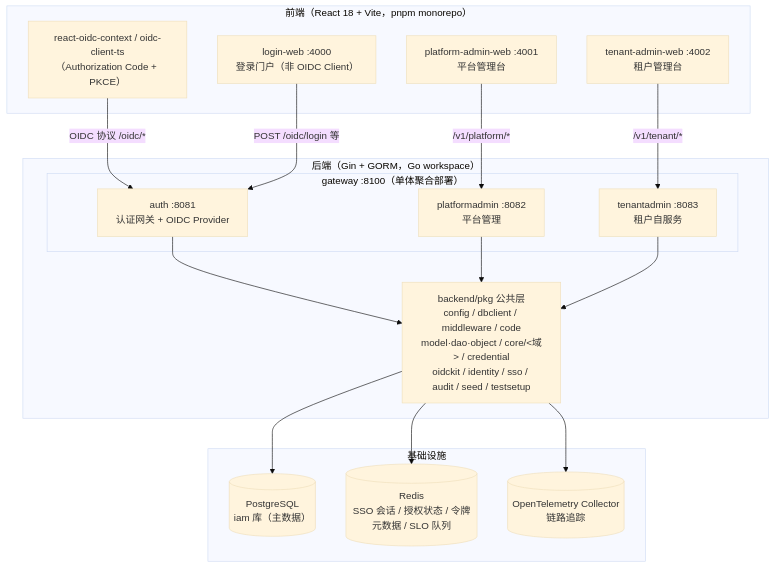
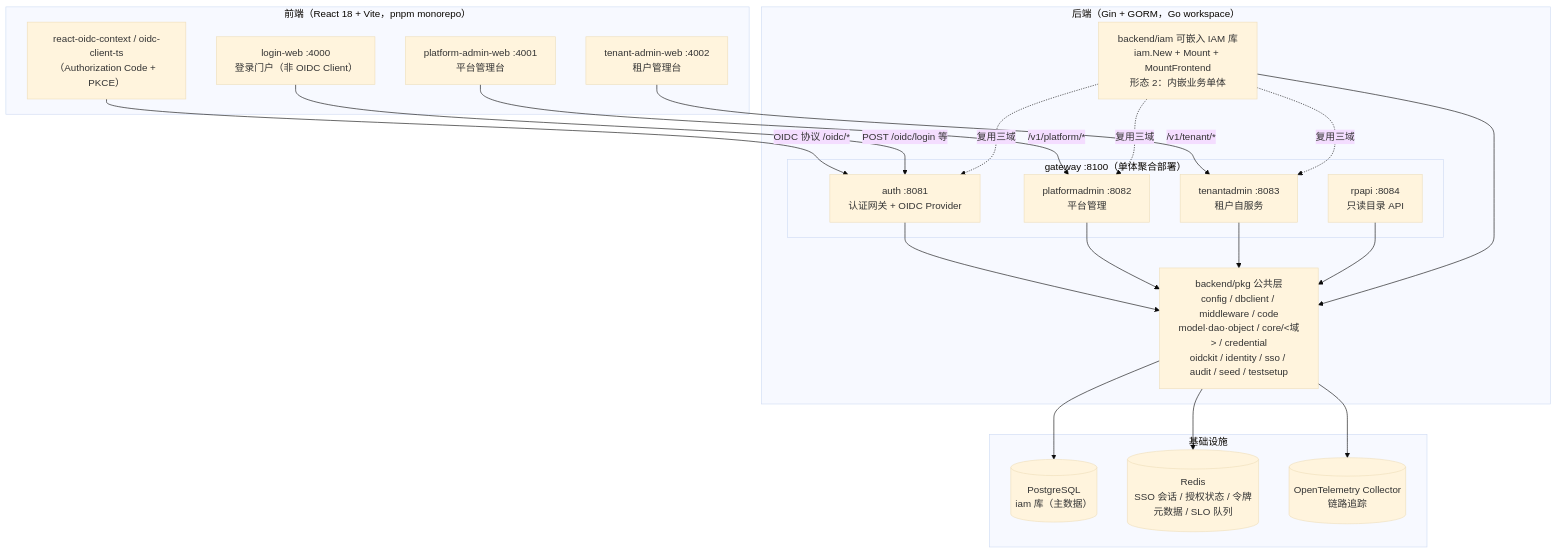
One commit to morehao/ark-iam changed the first of 15 diagrams in docs/design/system-design.md. Above: the diagram before and after it, drawn with Mermaid (base theme). The commit also changed other lines of this file and 375 other files, not shown here.

First line of the commit message:
feat(iam): 可嵌入 IAM 库 + 前端单门面包 @morehao/ark-iam-react 与 CI 发布链路 (#77)

````diff
--- a/docs/design/system-design.md
+++ b/docs/design/system-design.md
@@ -61,35 +61,42 @@
 ```mermaid
 flowchart TB
     subgraph FE["前端（React 18 + Vite，pnpm monorepo）"]
         LW["login-web :4000<br/>登录门户（非 OIDC Client）"]
         PW["platform-admin-web :4001<br/>平台管理台"]
         TW["tenant-admin-web :4002<br/>租户管理台"]
         OIDCSDK["react-oidc-context / oidc-client-ts<br/>（Authorization Code + PKCE）"]
     end
 
     subgraph BE["后端（Gin + GORM，Go workspace）"]
         subgraph GATEWAY["gateway :8100（单体聚合部署）"]
             AUTH["auth :8081<br/>认证网关 + OIDC Provider"]
             PLAT["platformadmin :8082<br/>平台管理"]
             TENANT["tenantadmin :8083<br/>租户自服务"]
+            RPAPI["rpapi :8084<br/>只读目录 API"]
         end
+        IAMLIB["backend/iam 可嵌入 IAM 库<br/>iam.New + Mount + MountFrontend<br/>形态 2：内嵌业务单体"]
         PKG["backend/pkg 公共层<br/>config / dbclient / middleware / code<br/>model·dao·object / core/&lt;域&gt; / credential<br/>oidckit / identity / sso / audit / seed / testsetup"]
     end
 
     subgraph INFRA["基础设施"]
         PG[("PostgreSQL<br/>iam 库（主数据）")]
         REDIS[("Redis<br/>SSO 会话 / 授权状态 / 令牌元数据 / SLO 队列")]
         OTLP[("OpenTelemetry Collector<br/>链路追踪")]
     end
 
     OIDCSDK -->|"OIDC 协议 /oidc/*"| AUTH
     LW -->|"POST /oidc/login 等"| AUTH
     PW -->|"/v1/platform/*"| PLAT
     TW -->|"/v1/tenant/*"| TENANT
     AUTH --> PKG
     PLAT --> PKG
     TENANT --> PKG
+    RPAPI --> PKG
+    IAMLIB -.复用三域.-> AUTH
+    IAMLIB -.复用三域.-> PLAT
+    IAMLIB -.复用三域.-> TENANT
+    IAMLIB --> PKG
     PKG --> PG
     PKG --> REDIS
     PKG --> OTLP
 ```
````
